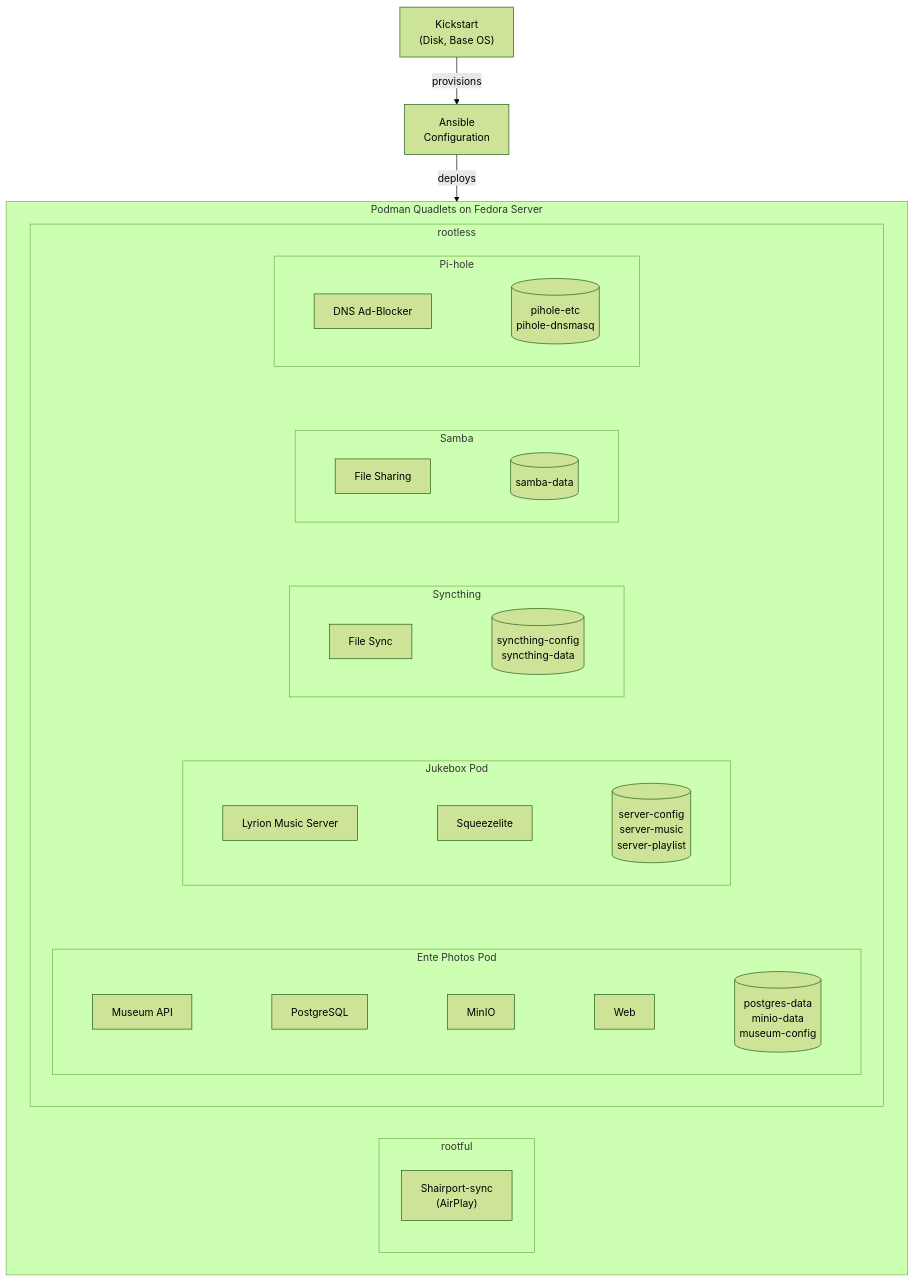
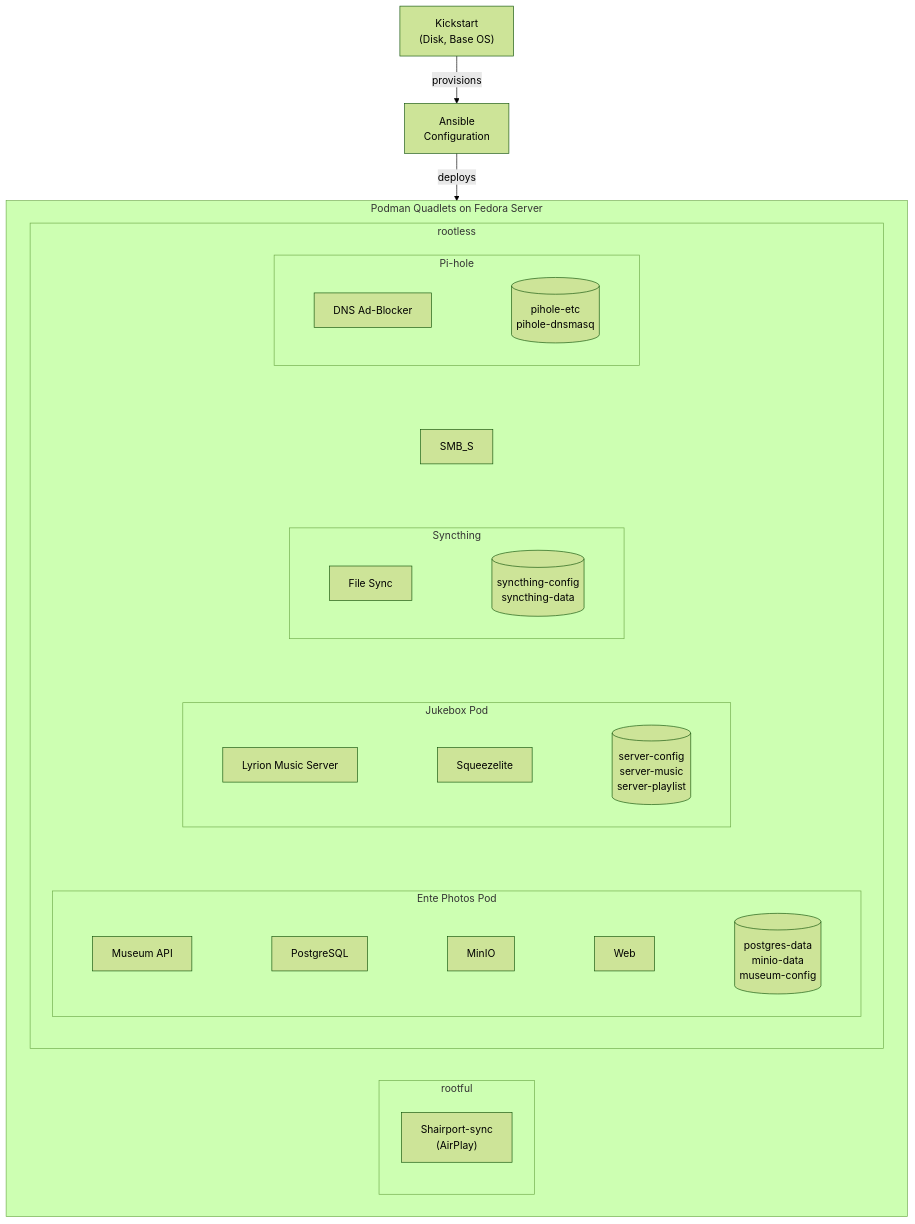
One commit to luckynrslevin/home-server changed the diagram in README.md. Above: the diagram before and after it, drawn with Mermaid (forest theme). The commit also changed other lines of this file and 15 other files, not shown here.

````diff
--- a/README.md
+++ b/README.md
@@ -111,41 +111,36 @@
 ```mermaid
 graph TD
     KS["Kickstart<br/>(Disk, Base OS)"] -->|provisions| ANS["Ansible<br/>Configuration"]
     ANS -->|deploys| SERVICES
 
     subgraph SERVICES["Podman Quadlets on Fedora Server"]
 
         subgraph rootful
             SH["Shairport-sync<br/>(AirPlay)"]
         end
 
         subgraph rootless
             subgraph PH_S["Pi-hole"]
                 direction LR
                 PH["DNS Ad-Blocker"] ~~~ PH_V[("pihole-etc<br/>pihole-dnsmasq")]
-            end
-
-            subgraph SMB_S["Samba"]
-                direction LR
-                SMB["File Sharing"] ~~~ SMB_V[("samba-data")]
             end
 
             subgraph ST_S["Syncthing"]
                 direction LR
                 ST["File Sync"] ~~~ ST_V[("syncthing-config<br/>syncthing-data")]
             end
 
             subgraph JB["Jukebox Pod"]
                 direction LR
                 LMS["Lyrion Music Server"] ~~~ SL["Squeezelite"] ~~~ JB_V[("server-config<br/>server-music<br/>server-playlist")]
             end
 
             subgraph EP["Ente Photos Pod"]
                 direction LR
                 MUS["Museum API"] ~~~ PG["PostgreSQL"] ~~~ MIN["MinIO"] ~~~ WEB["Web"] ~~~ EP_V[("postgres-data<br/>minio-data<br/>museum-config")]
             end
 
             PH_S ~~~ SMB_S ~~~ ST_S ~~~ JB ~~~ EP
         end
     end
 ```
````
